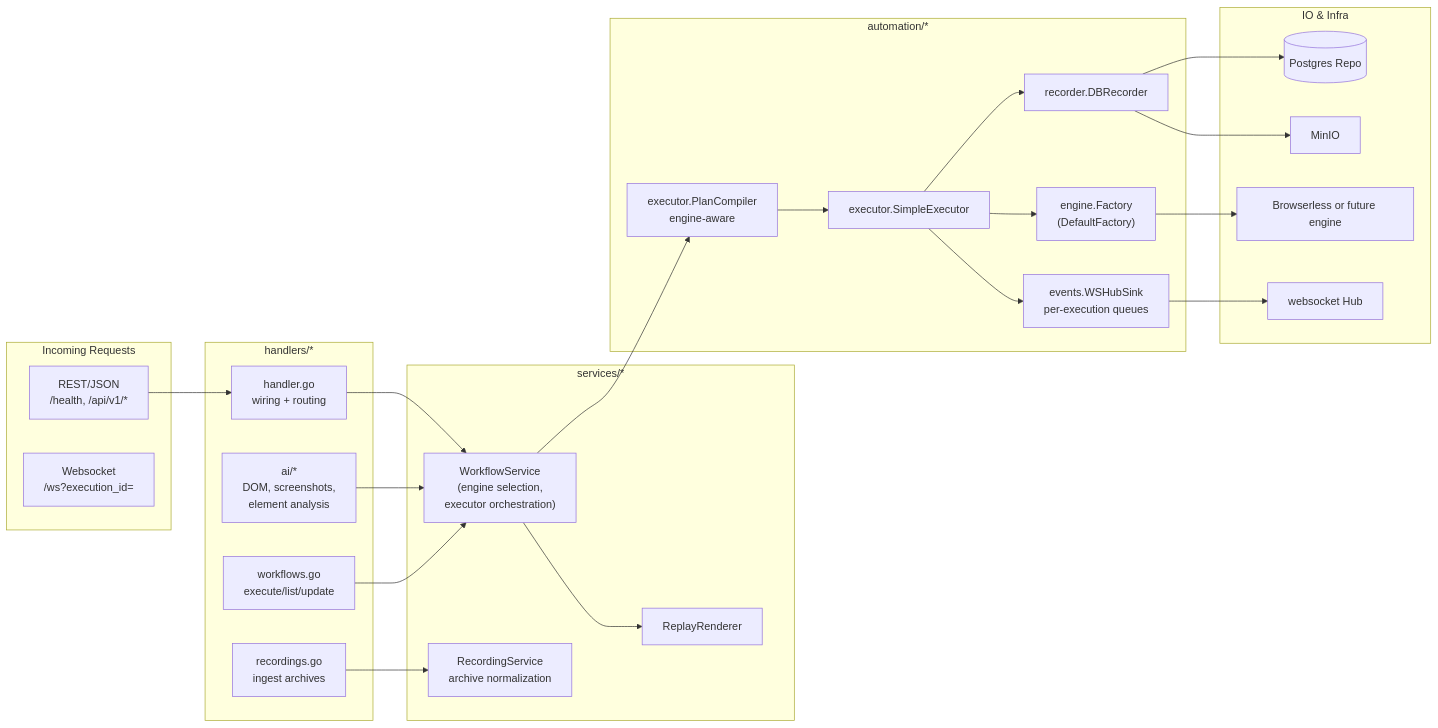
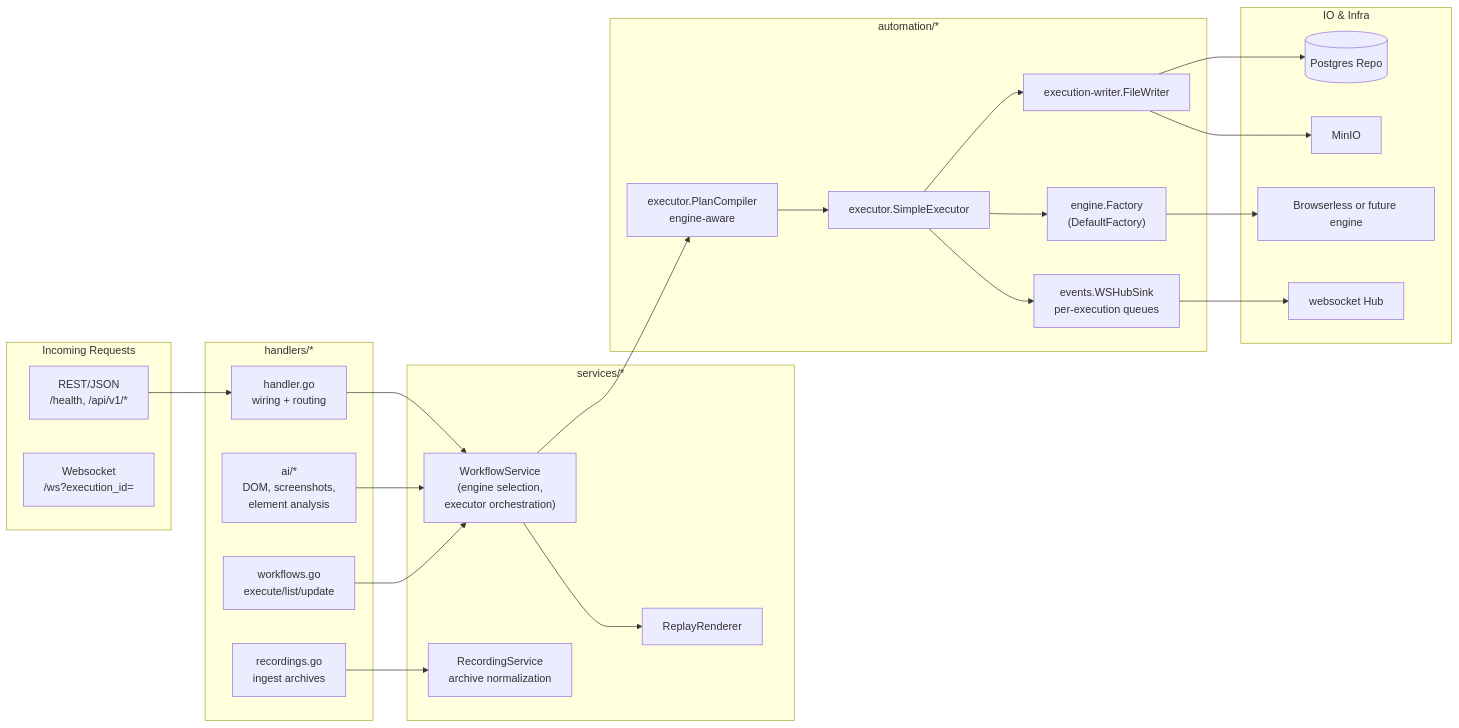
Before and after one commit to Vrooli/Vrooli: the diagram in scenarios/browser-automation-studio/api/handlers/README.md, drawn with Mermaid. The commit also changed 60 other files, not shown here.

````diff
--- a/scenarios/browser-automation-studio/api/handlers/README.md
+++ b/scenarios/browser-automation-studio/api/handlers/README.md
@@ -5,46 +5,46 @@
 ```mermaid
 flowchart LR
     subgraph Entry["Incoming Requests"]
         REST["REST/JSON\n/health, /api/v1/*"]
         WS["Websocket\n/ws?execution_id=<id>"]
     end
 
     subgraph Handlers["handlers/*"]
         H["handler.go\nwiring + routing"]
         AIH["ai/*\nDOM, screenshots,\nelement analysis"]
         WF["workflows.go\nexecute/list/update"]
         REC["recordings.go\ningest archives"]
     end
 
     subgraph Services["services/*"]
         WSVC["WorkflowService\n(engine selection,\nexecutor orchestration)"]
         RSVC["RecordingService\narchive normalization"]
         RENDER["ReplayRenderer"]
     end
 
     subgraph Automation["automation/*"]
         PLAN["executor.PlanCompiler\nengine-aware"]
         EXEC["executor.SimpleExecutor"]
         ENG["engine.Factory\n(DefaultFactory)"]
-        RECORDER["recorder.DBRecorder"]
+        RECORDER["execution-writer.FileWriter"]
         EVENTS["events.WSHubSink\nper-execution queues"]
     end
 
     subgraph IO["IO & Infra"]
         DB[(Postgres Repo)]
         MINIO["MinIO"]
         BROW["Browserless or future engine"]
         HUB["websocket Hub"]
     end
 
     REST --> H --> WSVC
     AIH --> WSVC
     WF --> WSVC
     REC --> RSVC
     WSVC --> PLAN --> EXEC
     EXEC --> ENG --> BROW
     EXEC --> RECORDER --> DB
     EXEC --> EVENTS --> HUB
     RECORDER --> MINIO
     WSVC --> RENDER
 ```
````
